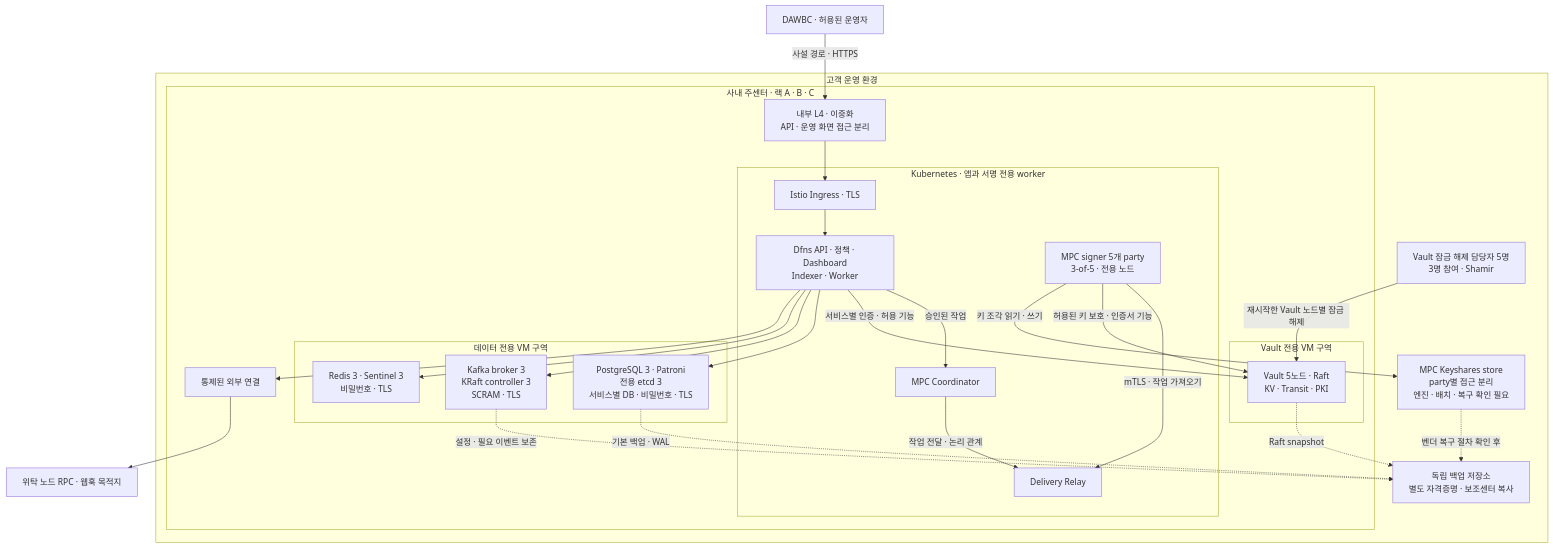
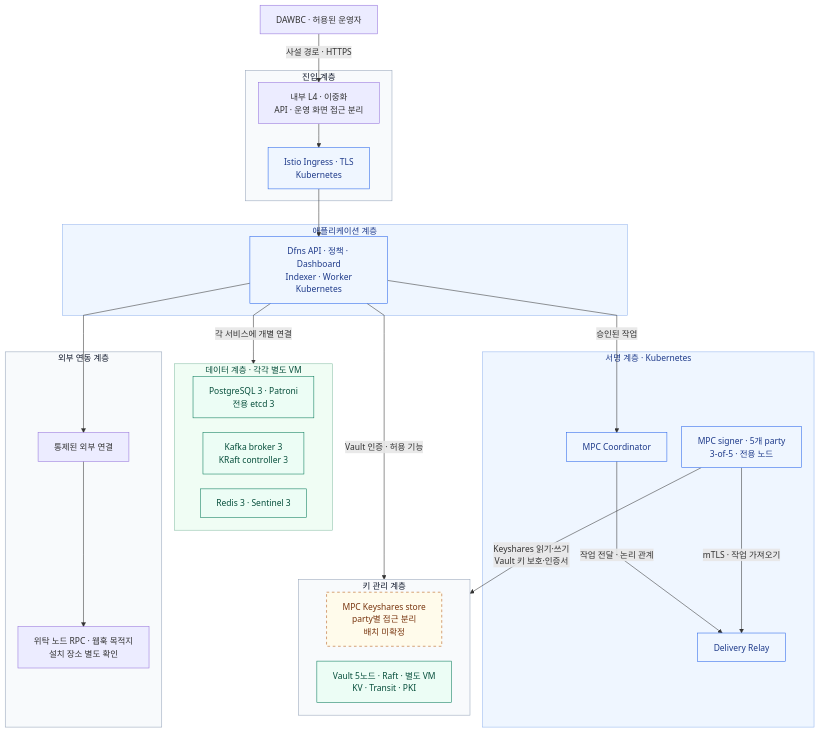
The fourth of 8 diagrams in blockchain-manager/docs/WaaS 도입·구축/Dfns/03-baseline-datacenter-design.md (eunsujeo/eunpus), drawn with Mermaid before and after one commit. The commit also changed other lines of this file and 2 other files, not shown here.

Commit message:
docs: group Dfns Baseline diagrams by architecture layer

````diff
--- a/blockchain-manager/docs/WaaS 도입·구축/Dfns/03-baseline-datacenter-design.md
+++ b/blockchain-manager/docs/WaaS 도입·구축/Dfns/03-baseline-datacenter-design.md
@@ -175,47 +209,53 @@
 ```mermaid
+%%{init: {"flowchart": {"nodeSpacing": 28, "rankSpacing": 45, "curve": "linear"}, "themeCSS": "foreignObject { line-height: 1.5; }"}}%%
 flowchart TB
     CLIENT["DAWBC · 허용된 운영자"]
-    subgraph CUSTOMER["고객 운영 환경"]
-        subgraph SITE["사내 주센터 · 랙 A · B · C"]
-            LB["내부 L4 · 이중화<br/>API · 운영 화면 접근 분리"]
-            subgraph K8S["Kubernetes · 앱과 서명 전용 worker"]
-                INGRESS["Istio Ingress · TLS"]
-                APP["Dfns API · 정책 · Dashboard<br/>Indexer · Worker"]
-                COORD["MPC Coordinator"]
-                RELAY["Delivery Relay"]
-                SIGN["MPC signer 5개 party<br/>3-of-5 · 전용 노드"]
-                INGRESS --> APP
-                APP -->|"승인된 작업"| COORD
-                COORD -->|"작업 전달 · 논리 관계"| RELAY
-                SIGN -->|"mTLS · 작업 가져오기"| RELAY
-            end
-            subgraph VAULTZONE["Vault 전용 VM 구역"]
-                VAULT["Vault 5노드 · Raft<br/>KV · Transit · PKI"]
-            end
-            subgraph DATA["데이터 전용 VM 구역"]
-                DB["PostgreSQL 3 · Patroni<br/>전용 etcd 3<br/>서비스별 DB · 비밀번호 · TLS"]
-                KAFKA["Kafka broker 3<br/>KRaft controller 3<br/>SCRAM · TLS"]
-                CACHE["Redis 3 · Sentinel 3<br/>비밀번호 · TLS"]
-            end
-            OUT["통제된 외부 연결"]
-            LB --> INGRESS
-            APP -->|"서비스별 인증 · 허용 기능"| VAULT
-            SIGN -->|"허용된 키 보호 · 인증서 기능"| VAULT
-            APP --> DB
-            APP --> KAFKA
-            APP --> CACHE
-            APP --> OUT
-        end
-        KEYS["MPC Keyshares store<br/>party별 접근 분리<br/>엔진 · 배치 · 복구 확인 필요"]
-        CUSTODIANS["Vault 잠금 해제 담당자 5명<br/>3명 참여 · Shamir"]
-        BACKUP["독립 백업 저장소<br/>별도 자격증명 · 보조센터 복사"]
-        SIGN -->|"키 조각 읽기 · 쓰기"| KEYS
-        CUSTODIANS -->|"재시작한 Vault 노드별 잠금 해제"| VAULT
-        VAULT -.->|"Raft snapshot"| BACKUP
-        DB -.->|"기본 백업 · WAL"| BACKUP
-        KAFKA -.->|"설정 · 필요 이벤트 보존"| BACKUP
-        KEYS -.->|"벤더 복구 절차 확인 후"| BACKUP
+    subgraph ENTRY["진입 계층"]
+        LB["내부 L4 · 이중화<br/>API · 운영 화면 접근 분리"]
+        INGRESS["Istio Ingress · TLS<br/>Kubernetes"]
+        LB --> INGRESS
+    end
+    subgraph APPLICATION["애플리케이션 계층"]
+        APP["Dfns API · 정책 · Dashboard<br/>Indexer · Worker<br/>Kubernetes"]
+    end
+    subgraph SIGNING["서명 계층 · Kubernetes"]
+        COORD["MPC Coordinator"]
+        RELAY["Delivery Relay"]
+        SIGN["MPC signer · 5개 party<br/>3-of-5 · 전용 노드"]
+        COORD -->|"작업 전달 · 논리 관계"| RELAY
+        SIGN -->|"mTLS · 작업 가져오기"| RELAY
+    end
+    subgraph DATA["데이터 계층 · 각각 별도 VM"]
+        DB["PostgreSQL 3 · Patroni<br/>전용 etcd 3"]
+        KAFKA["Kafka broker 3<br/>KRaft controller 3"]
+        CACHE["Redis 3 · Sentinel 3"]
+    end
+    subgraph KEYMGMT["키 관리 계층"]
+        KEYS["MPC Keyshares store<br/>party별 접근 분리<br/>배치 미확정"]
+        VAULT["Vault 5노드 · Raft · 별도 VM<br/>KV · Transit · PKI"]
+    end
+    subgraph EXTERNAL["외부 연동 계층"]
+        OUT["통제된 외부 연결"]
+        RPC["위탁 노드 RPC · 웹훅 목적지<br/>설치 장소 별도 확인"]
+        OUT --> RPC
     end
     CLIENT -->|"사설 경로 · HTTPS"| LB
-    OUT --> RPC["위탁 노드 RPC · 웹훅 목적지"]
+    INGRESS --> APP
+    APP -->|"승인된 작업"| COORD
+    APP -->|"각 서비스에 개별 연결"| DATA
+    APP --> OUT
+    APP -->|"Vault 인증 · 허용 기능"| KEYMGMT
+    SIGN -->|"Keyshares 읽기·쓰기<br/>Vault 키 보호·인증서"| KEYMGMT
+    classDef runtime fill:#eff6ff,stroke:#2563eb,color:#1e3a8a
+    classDef data fill:#ecfdf5,stroke:#047857,color:#064e3b
+    classDef pending fill:#fffbeb,stroke:#b45309,color:#78350f,stroke-dasharray:5 5
+    class INGRESS,APP,COORD,RELAY,SIGN runtime
+    class DB,KAFKA,CACHE,VAULT data
+    class KEYS pending
+    style ENTRY fill:#f8fafc,stroke:#94a3b8,color:#0f172a
+    style APPLICATION fill:#eff6ff,stroke:#93b4ee,color:#1e3a8a
+    style SIGNING fill:#eff6ff,stroke:#93b4ee,color:#1e3a8a
+    style DATA fill:#f0fdf4,stroke:#86bda5,color:#064e3b
+    style KEYMGMT fill:#f8fafc,stroke:#94a3b8,color:#0f172a
+    style EXTERNAL fill:#f8fafc,stroke:#94a3b8,color:#0f172a
 ```
````
